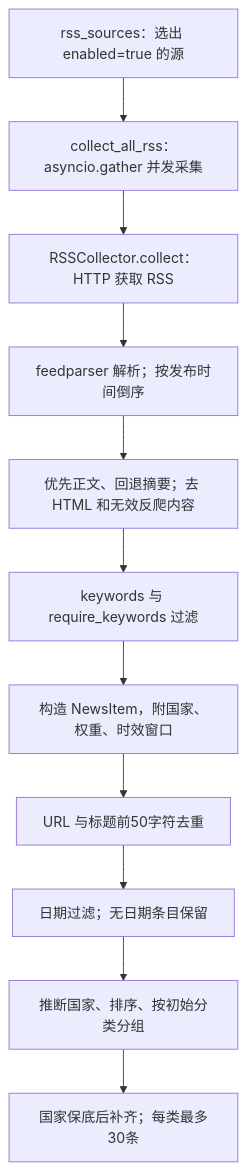
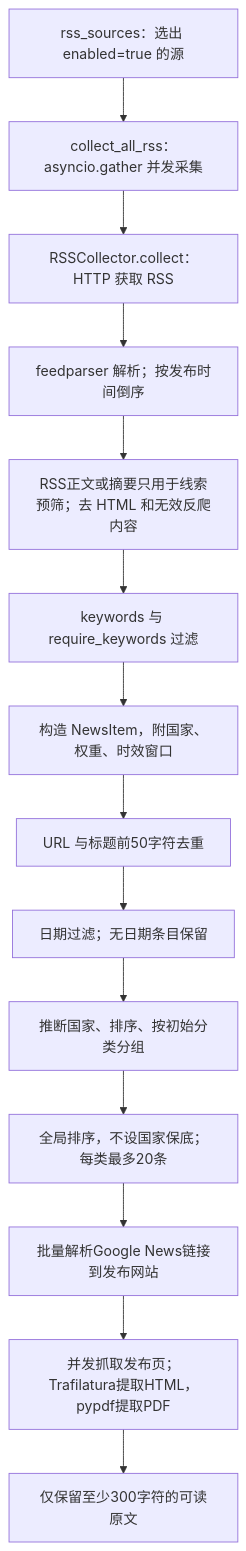
The first of 5 diagrams in docs/LOGIC.md (Amanda-s-UXR-Team/weekly-report), drawn with Mermaid before and after one commit. The commit also changed other lines of this file and 13 other files, not shown here.

````diff
--- a/docs/LOGIC.md
+++ b/docs/LOGIC.md
@@ -17,13 +17,16 @@
 ```mermaid
 flowchart TD
     config["rss_sources：选出 enabled=true 的源"] --> all["collect_all_rss：asyncio.gather 并发采集"]
     all --> request["RSSCollector.collect：HTTP 获取 RSS"]
     request --> parse["feedparser 解析；按发布时间倒序"]
-    parse --> clean["优先正文、回退摘要；去 HTML 和无效反爬内容"]
+    parse --> clean["RSS正文或摘要只用于线索预筛；去 HTML 和无效反爬内容"]
     clean --> keyword["keywords 与 require_keywords 过滤"]
     keyword --> model["构造 NewsItem，附国家、权重、时效窗口"]
     model --> dedup["URL 与标题前50字符去重"]
     dedup --> date["日期过滤；无日期条目保留"]
     date --> groups["推断国家、排序、按初始分类分组"]
-    groups --> cap["国家保底后补齐；每类最多30条"]
+    groups --> cap["全局排序，不设国家保底；每类最多20条"]
+    cap --> resolve["批量解析Google News链接到发布网站"]
+    resolve --> fetch["并发抓取发布页；Trafilatura提取HTML，pypdf提取PDF"]
+    fetch --> evidence["仅保留至少300字符的可读原文"]
 ```
````
